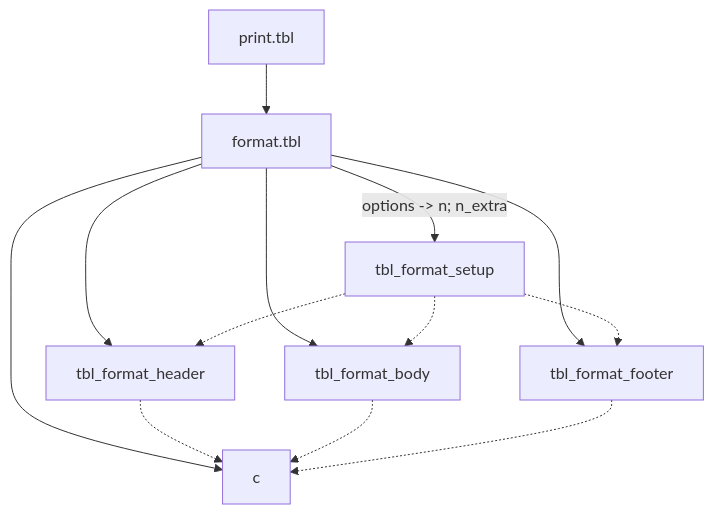
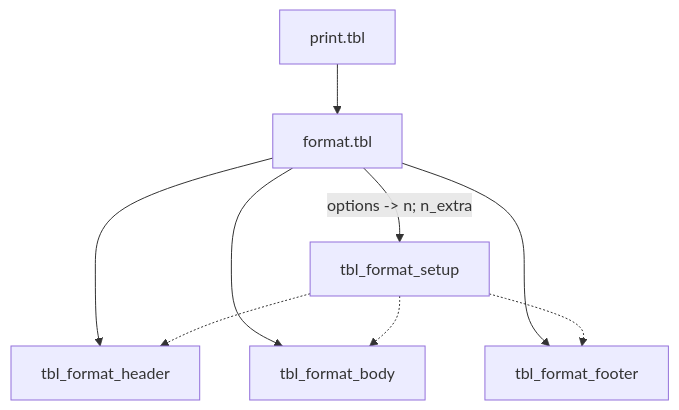
One commit to r-lib/pillar changed the diagram in vignettes/format.mmd. Above: the diagram before and after it, drawn with Mermaid. The commit also changed 1 other file, not shown here.

Commit message:
Move and simplify diagram

```diff
--- a/vignettes/format.mmd
+++ b/vignettes/format.mmd
@@ -1,13 +1,9 @@
 graph TD
   print.tbl --> format.tbl
   format.tbl -- "options -> n; n_extra" --> tbl_format_setup
   format.tbl --> tbl_format_header
   format.tbl --> tbl_format_body
   format.tbl --> tbl_format_footer
   tbl_format_setup -.-> tbl_format_header
   tbl_format_setup -.-> tbl_format_body
   tbl_format_setup -.-> tbl_format_footer
-  format.tbl -- "     " --> c
-  tbl_format_header -.-> c
-  tbl_format_body -.-> c
-  tbl_format_footer -.-> c
```
